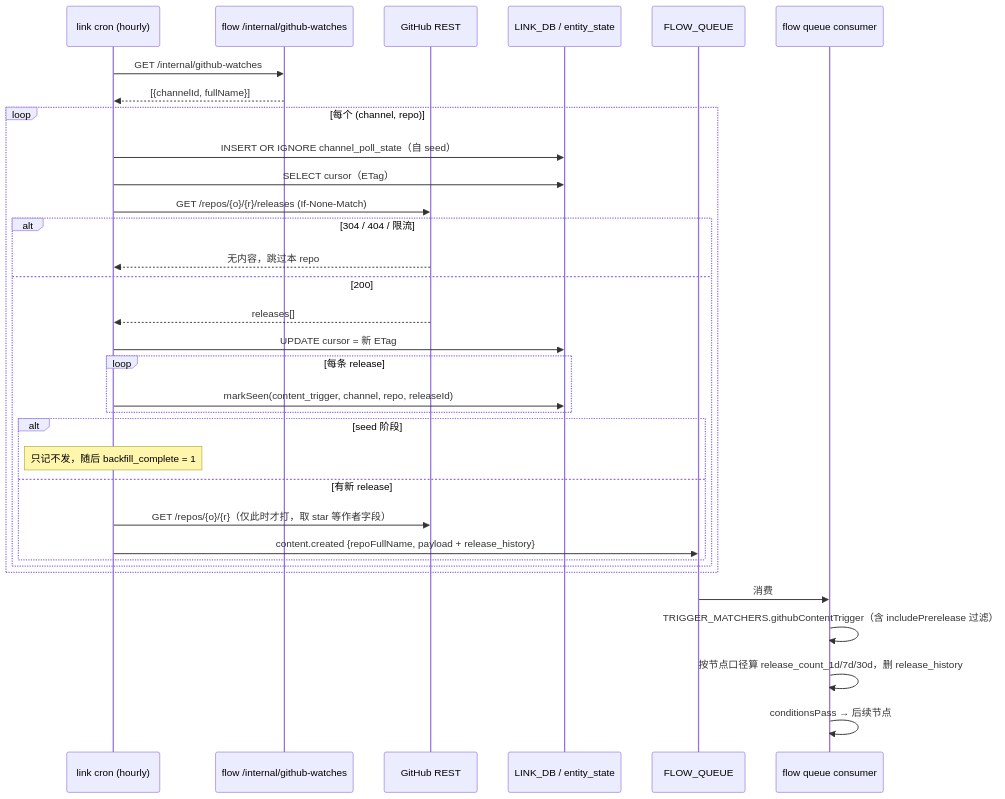
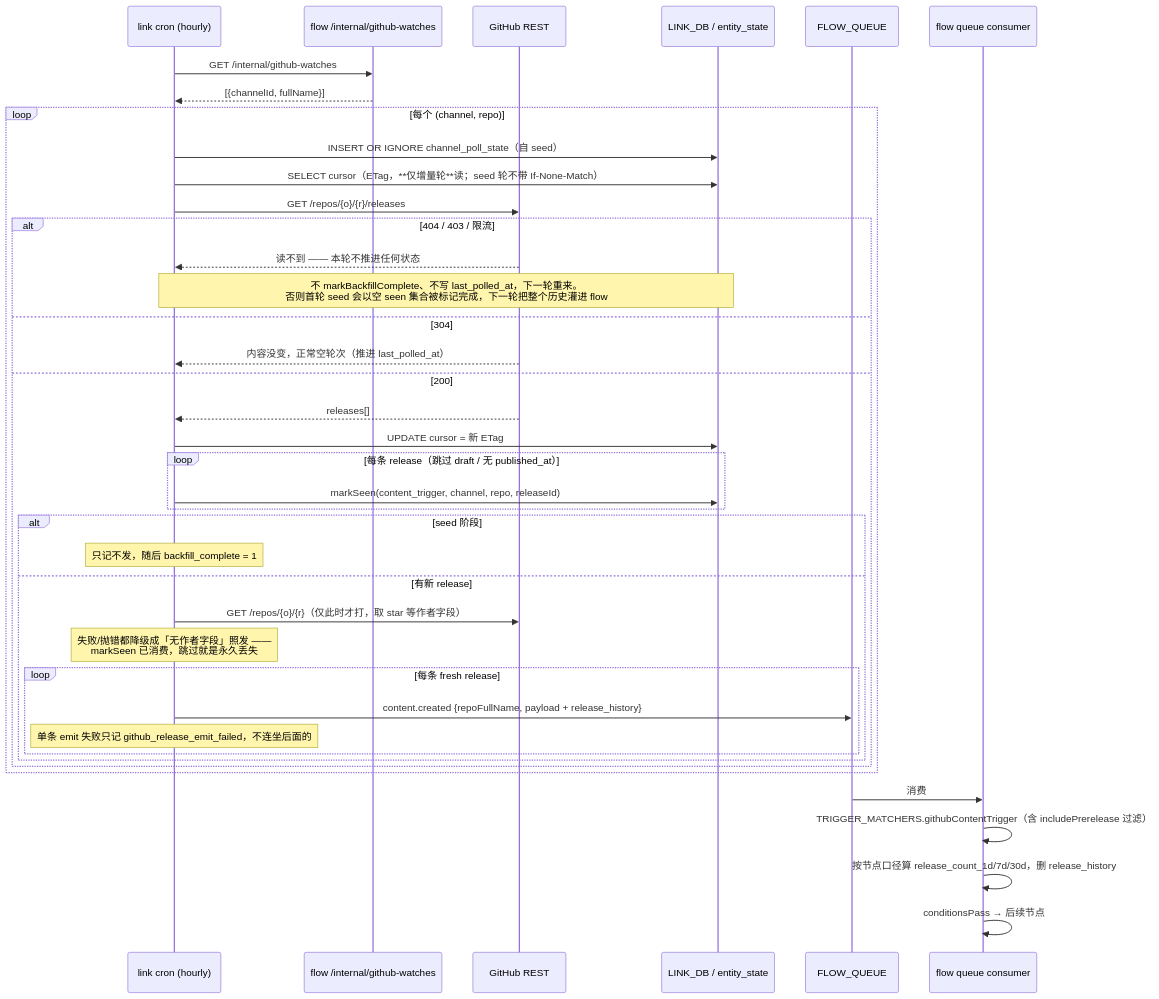
Before and after one commit to zcqqq/uniscrm-web: the diagram in link/src/services/pollers/sequence.md, drawn with Mermaid. The commit also changed 2 other files, not shown here.

Commit message:
fix(link/github-releases): never complete a seed round that could not read the repo
An unreadable repo (404/403) took the normal empty-page exit, so the first-ever
poll of a (channel, repo) pair was marked seeded with an EMPTY seen-set and the
next round emitted up to 100 historical releases into the flow. It now takes the
same no-advance exit as a rate limit. Seed rounds also stop sending
If-None-Match, closing the same hole via a 304 on a leftover cursor.

Also: getRepo failures (thrown, not just returned null) degrade to empty author
props instead of aborting a round whose releases are already marked seen, and
each per-release emit is wrapped so one failure cannot strand the rest of the
page.

Claude-Session: https://claude.ai/code/session_01BswvBNXEcrG4DuqvmjsJbb

````diff
--- a/link/src/services/pollers/sequence.md
+++ b/link/src/services/pollers/sequence.md
@@ -3,36 +3,43 @@
 ```mermaid
 sequenceDiagram
     participant Cron as link cron (hourly)
     participant Flow as flow /internal/github-watches
     participant GH as GitHub REST
     participant D1 as LINK_DB / entity_state
     participant Q as FLOW_QUEUE
     participant FW as flow queue consumer
 
     Cron->>Flow: GET /internal/github-watches
     Flow-->>Cron: [{channelId, fullName}]
     loop 每个 (channel, repo)
         Cron->>D1: INSERT OR IGNORE channel_poll_state（自 seed）
-        Cron->>D1: SELECT cursor（ETag）
-        Cron->>GH: GET /repos/{o}/{r}/releases (If-None-Match)
-        alt 304 / 404 / 限流
-            GH-->>Cron: 无内容，跳过本 repo
+        Cron->>D1: SELECT cursor（ETag，**仅增量轮**读；seed 轮不带 If-None-Match）
+        Cron->>GH: GET /repos/{o}/{r}/releases
+        alt 404 / 403 / 限流
+            GH-->>Cron: 读不到 —— 本轮不推进任何状态
+            Note over Cron,D1: 不 markBackfillComplete、不写 last_polled_at，下一轮重来。<br/>否则首轮 seed 会以空 seen 集合被标记完成，下一轮把整个历史灌进 flow
+        else 304
+            GH-->>Cron: 内容没变，正常空轮次（推进 last_polled_at）
         else 200
             GH-->>Cron: releases[]
             Cron->>D1: UPDATE cursor = 新 ETag
-            loop 每条 release
+            loop 每条 release（跳过 draft / 无 published_at）
                 Cron->>D1: markSeen(content_trigger, channel, repo, releaseId)
             end
             alt seed 阶段
                 Note over Cron: 只记不发，随后 backfill_complete = 1
             else 有新 release
                 Cron->>GH: GET /repos/{o}/{r}（仅此时才打，取 star 等作者字段）
-                Cron->>Q: content.created {repoFullName, payload + release_history}
+                Note over Cron: 失败/抛错都降级成「无作者字段」照发 ——<br/>markSeen 已消费，跳过就是永久丢失
+                loop 每条 fresh release
+                    Cron->>Q: content.created {repoFullName, payload + release_history}
+                    Note over Cron: 单条 emit 失败只记 github_release_emit_failed，不连坐后面的
+                end
             end
         end
     end
     Q->>FW: 消费
     FW->>FW: TRIGGER_MATCHERS.githubContentTrigger（含 includePrerelease 过滤）
     FW->>FW: 按节点口径算 release_count_1d/7d/30d，删 release_history
     FW->>FW: conditionsPass → 后续节点
 ```
````
